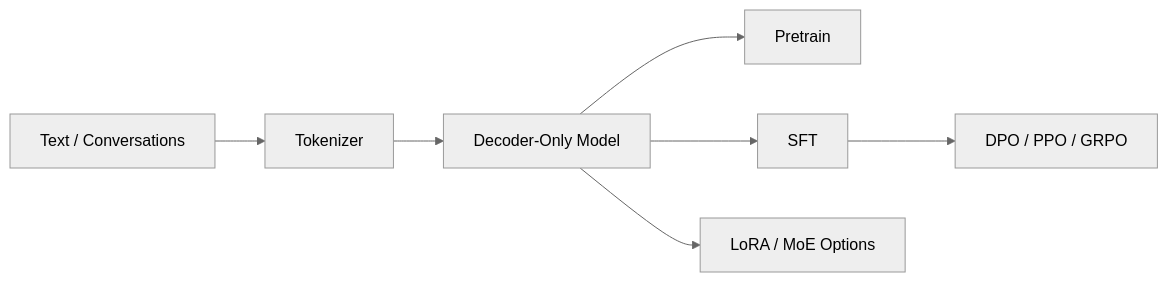
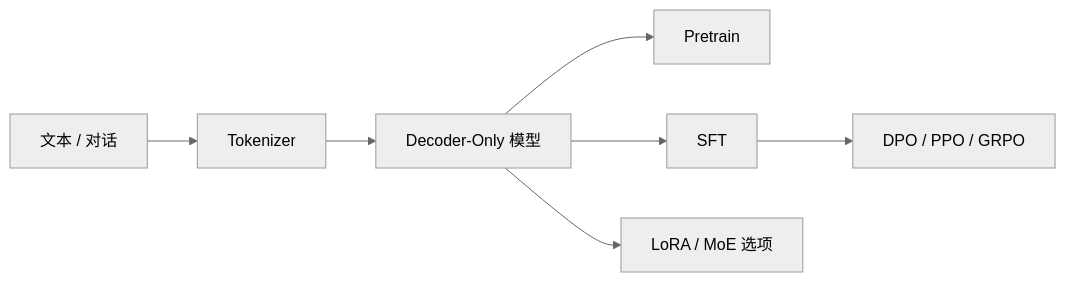
One commit to ShiyuWang289/AquilaLM changed the diagram in README.md. Above: the diagram before and after it, drawn with Mermaid (neutral theme). The commit also changed other lines of this file and 2 other files, not shown here.

````diff
--- a/README.md
+++ b/README.md
@@ -15,9 +15,9 @@
 ```mermaid
 flowchart LR
-	A[Text / Conversations] --> B[Tokenizer]
-	B --> C[Decoder-Only Model]
-	C --> D[Pretrain]
-	C --> E[SFT]
-	E --> F[DPO / PPO / GRPO]
-	C --> G[LoRA / MoE Options]
+  A[文本 / 对话] --> B[Tokenizer]
+  B --> C[Decoder-Only 模型]
+  C --> D[Pretrain]
+  C --> E[SFT]
+  E --> F[DPO / PPO / GRPO]
+  C --> G[LoRA / MoE 选项]
 ```
````
